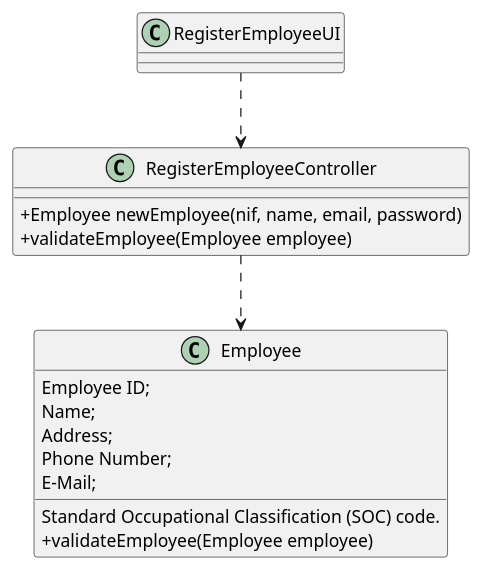
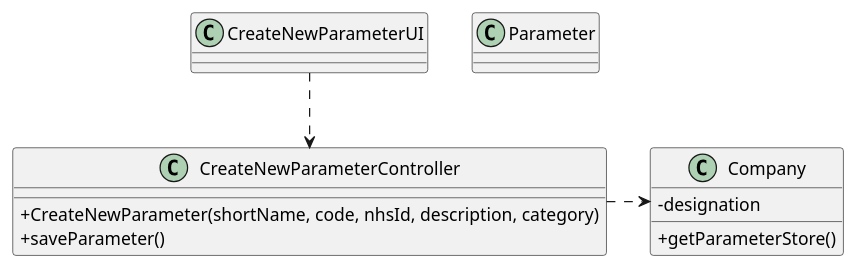
One commit to GuilhermeCunha79/lapr2 changed the diagram in docs/SprintB/US10/UC10_CD.puml. Above: the diagram before and after it, drawn with PlantUML. The commit also changed 10 other files, not shown here.

```diff
--- a/docs/SprintB/US10/UC10_CD.puml
+++ b/docs/SprintB/US10/UC10_CD.puml
@@ -1,27 +1,23 @@
 @startuml
 skinparam classAttributeIconSize 0
 
-class RegisterEmployeeUI
-{
+class CreateNewParameterUI{
 }
 
-class RegisterEmployeeController
-{
-    +Employee newEmployee(nif, name, email, password)
-    +validateEmployee(Employee employee)
+class CreateNewParameterController{
+    +CreateNewParameter(shortName, code, nhsId, description, category)
+    +saveParameter()
 }
 
-class Employee
-{
-	Employee ID;
-	Name;
-	Address;
-	Phone Number;
-	E-Mail;
-	Standard Occupational Classification (SOC) code.
-    +validateEmployee(Employee employee)
+class Company{
+	-designation
+	+getParameterStore()
 }
 
-RegisterEmployeeUI ..> RegisterEmployeeController
-RegisterEmployeeController ..> Employee
+class Parameter{
+
+}
+
+CreateNewParameterController <.up. CreateNewParameterUI
+CreateNewParameterController .right.> Company
 @enduml
```
